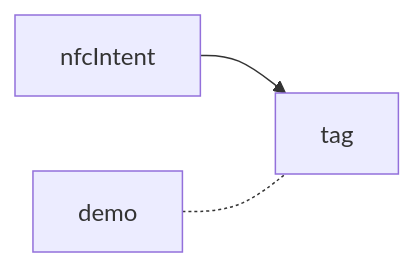
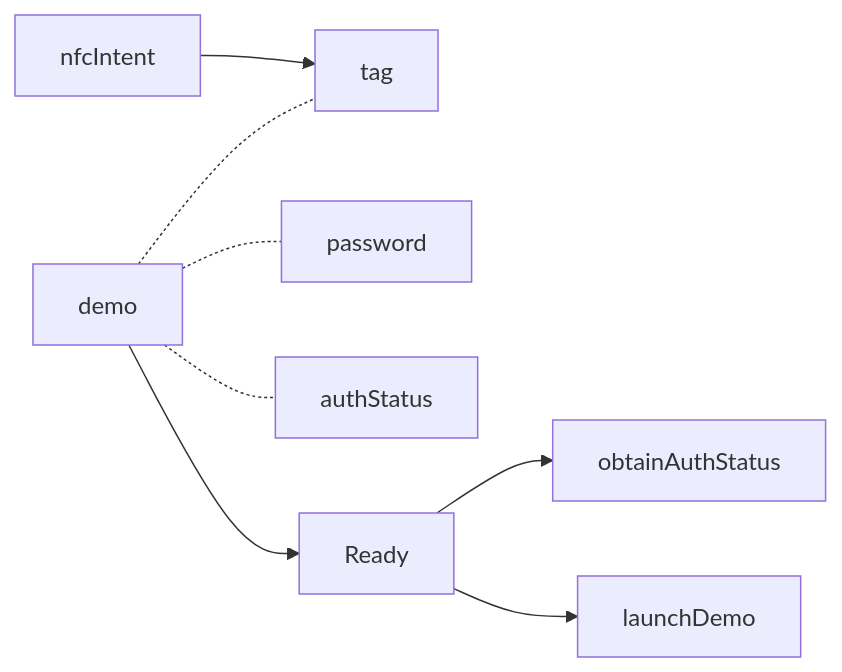
The fifth of 8 diagrams in nxp/MainActivity.md (gordianknotC/nxp_note), drawn with Mermaid before and after one commit. The commit also changed other lines of this file, not shown here.

````diff
--- a/nxp/MainActivity.md
+++ b/nxp/MainActivity.md
@@ -56,6 +56,11 @@
 ```mermaid
 graph LR
 nfcIntent --> tag
 demo -.- tag
+demo -.- password
+demo -.- authStatus
+demo --> Ready
+Ready --> obtainAuthStatus
+Ready --> launchDemo
 
 ```
````
